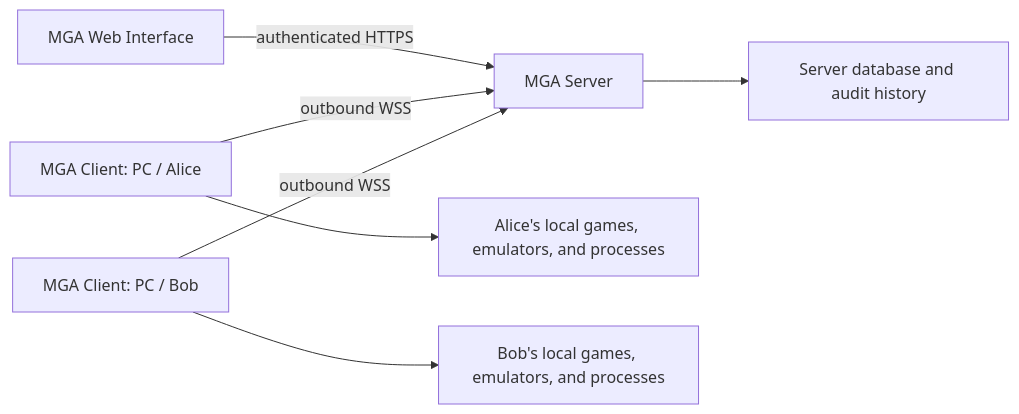
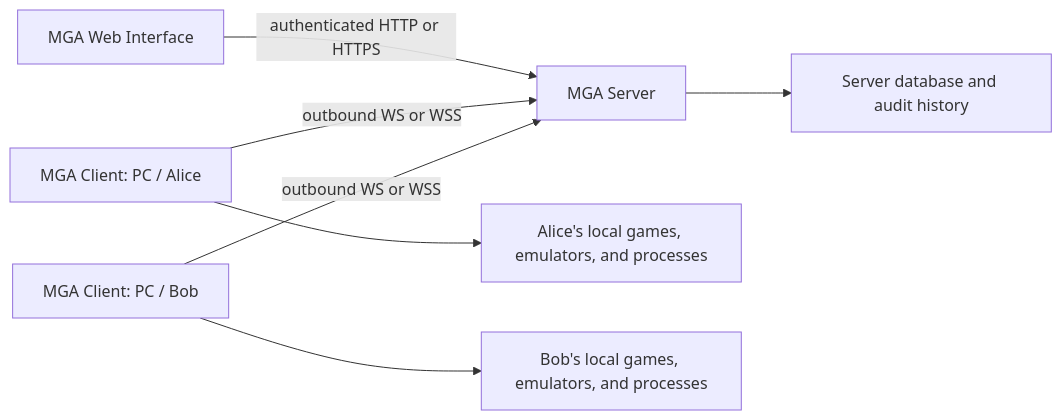
Before and after one commit to GreenFuze/MyGamesAnywhere: the diagram in docs/architecture/0001-mga-client-architecture.md, drawn with Mermaid. The commit also changed other lines of this file and 8 other files, not shown here.

````diff
--- a/docs/architecture/0001-mga-client-architecture.md
+++ b/docs/architecture/0001-mga-client-architecture.md
@@ -37,9 +37,9 @@
 ```mermaid
 flowchart LR
-  W["MGA Web Interface"] -->|"authenticated HTTPS"| S["MGA Server"]
-  C1["MGA Client: PC / Alice"] -->|"outbound WSS"| S
-  C2["MGA Client: PC / Bob"] -->|"outbound WSS"| S
+  W["MGA Web Interface"] -->|"authenticated HTTP or HTTPS"| S["MGA Server"]
+  C1["MGA Client: PC / Alice"] -->|"outbound WS or WSS"| S
+  C2["MGA Client: PC / Bob"] -->|"outbound WS or WSS"| S
   S --> D["Server database and audit history"]
   C1 --> L1["Alice's local games, emulators, and processes"]
   C2 --> L2["Bob's local games, emulators, and processes"]
 ```
````
